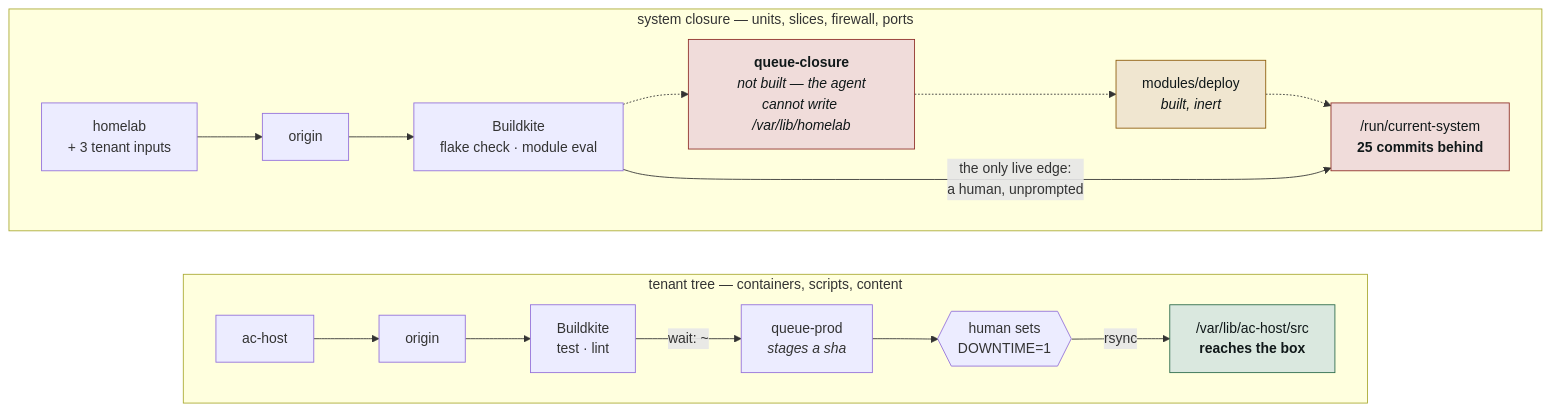
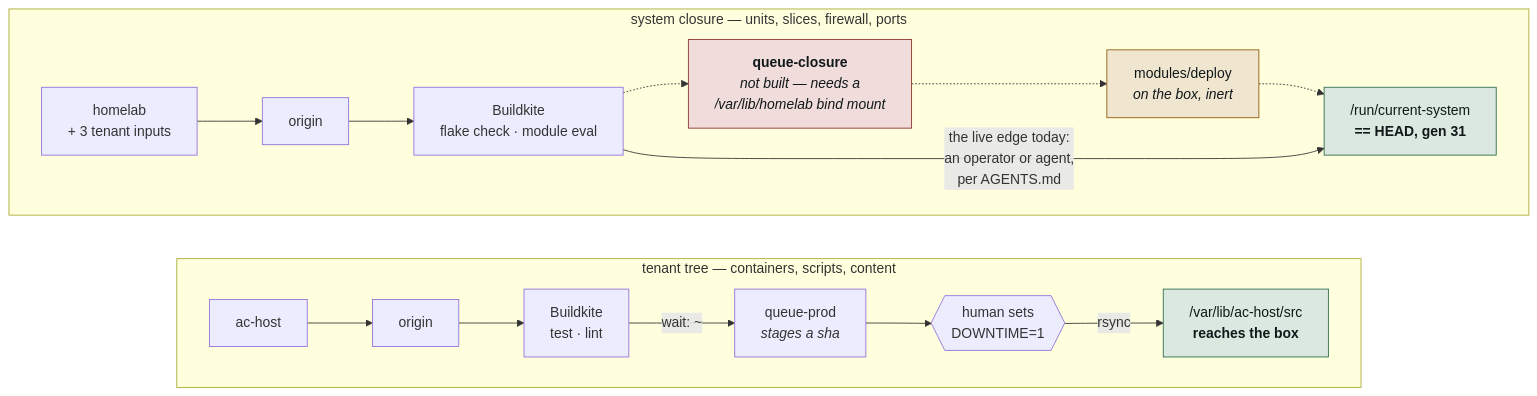
Before and after one commit to imkarrer/homelab: the second of 5 diagrams in docs/architecture.md, drawn with Mermaid. The commit also changed other lines of this file and 1 other file, not shown here.

````diff
--- a/docs/architecture.md
+++ b/docs/architecture.md
@@ -60,28 +62,29 @@
 ```mermaid
 flowchart LR
     subgraph TENANT ["tenant tree — containers, scripts, content"]
         direction LR
         A1["ac-host"] --> A2["origin"]
         A2 --> A3["Buildkite<br/>test · lint"]
         A3 -- "wait: ~" --> A4["queue-prod<br/><i>stages a sha</i>"]
         A4 --> A5{{"human sets<br/>DOWNTIME=1"}}
         A5 -- "rsync" --> A6["/var/lib/ac-host/src<br/><b>reaches the box</b>"]
     end
 
     subgraph CLOSURE ["system closure — units, slices, firewall, ports"]
         direction LR
         B1["homelab<br/>+ 3 tenant inputs"] --> B2["origin"]
         B2 --> B3["Buildkite<br/>flake check · module eval"]
-        B3 -.-> B4["<b>queue-closure</b><br/><i>not built — the agent<br/>cannot write /var/lib/homelab</i>"]
-        B4 -.-> B5["modules/deploy<br/><i>built, inert</i>"]
-        B5 -.-> B6["/run/current-system<br/><b>25 commits behind</b>"]
-        B3 -- "the only live edge:<br/>a human, unprompted" --> B6
+        B3 -.-> B4["<b>queue-closure</b><br/><i>not built — needs a<br/>/var/lib/homelab bind mount</i>"]
+        B4 -.-> B5["modules/deploy<br/><i>on the box, inert</i>"]
+        B5 -.-> B6["/run/current-system<br/><b>== HEAD, gen 31</b>"]
+        B3 -- "the live edge today:<br/>an operator or agent,<br/>per AGENTS.md" --> B6
     end
 
     classDef ok fill:#dae8df,stroke:#2c6b4b,color:#101819;
     classDef gap fill:#f0dcda,stroke:#8f2f29,color:#101819;
     classDef pend fill:#f0e6d0,stroke:#8d5c0c,color:#101819;
     class A6 ok;
-    class B4,B6 gap;
+    class B4 gap;
+    class B6 ok;
     class B5 pend;
 ```
````
